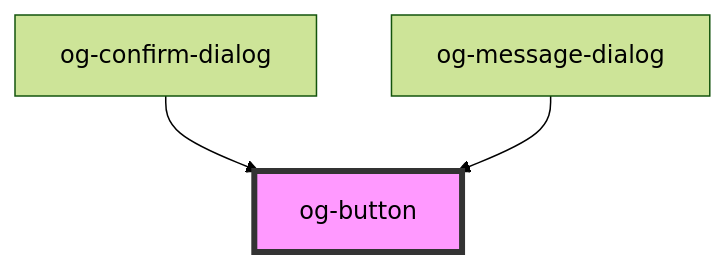
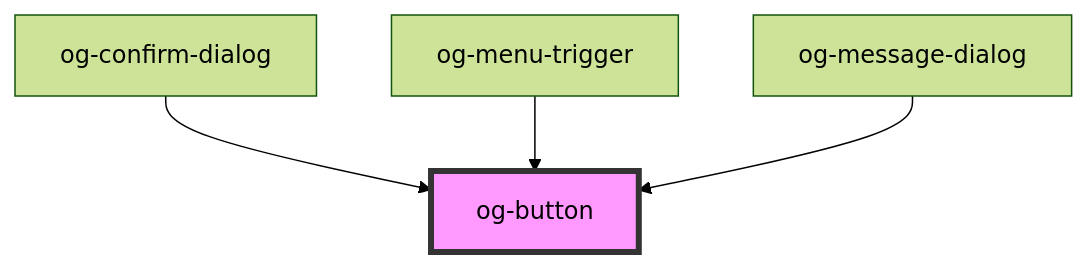
One commit to orgenic/orgenic-ui changed the diagram in src/components/og-button/readme.md. Above: the diagram before and after it, drawn with Mermaid (forest theme). The commit also changed other lines of this file and 20 other files, not shown here.

Commit message:
feat: orgenic menu, toggled by a trigger element

````diff
--- a/src/components/og-button/readme.md
+++ b/src/components/og-button/readme.md
@@ -46,6 +47,7 @@
 ```mermaid
 graph TD;
   og-confirm-dialog --> og-button
+  og-menu-trigger --> og-button
   og-message-dialog --> og-button
   style og-button fill:#f9f,stroke:#333,stroke-width:4px
 ```
````
